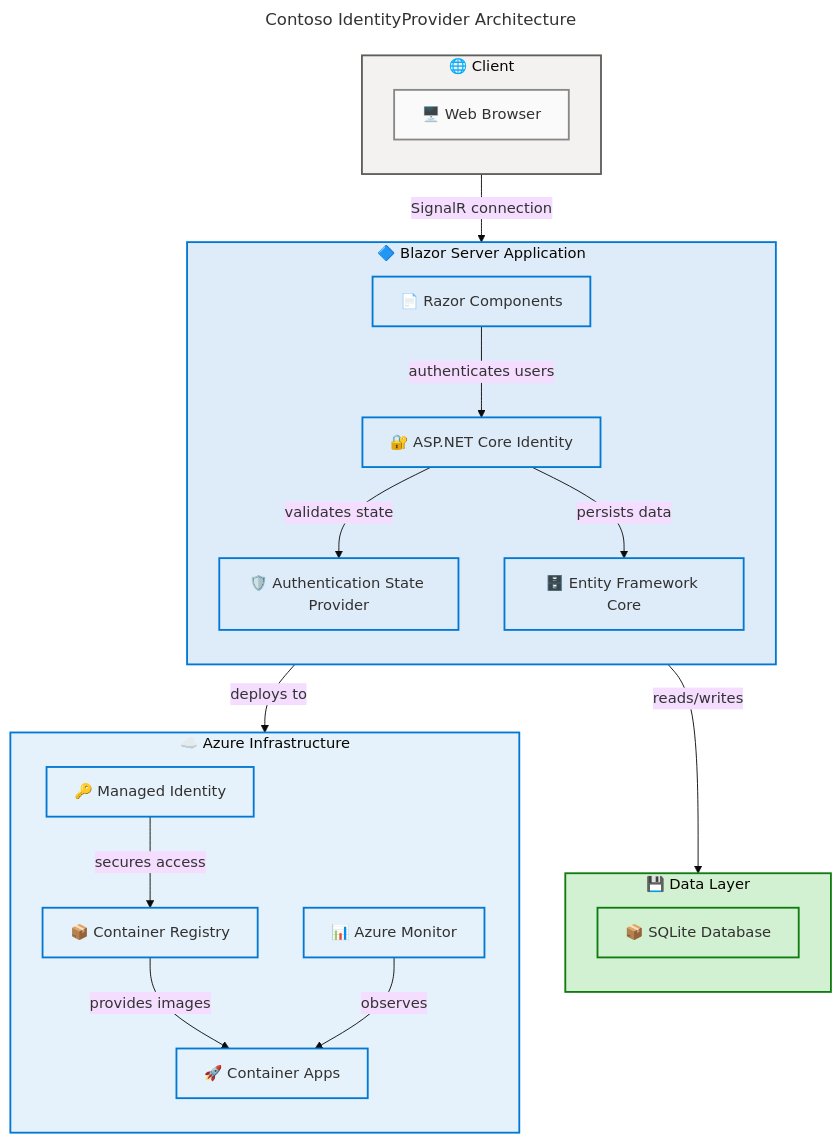
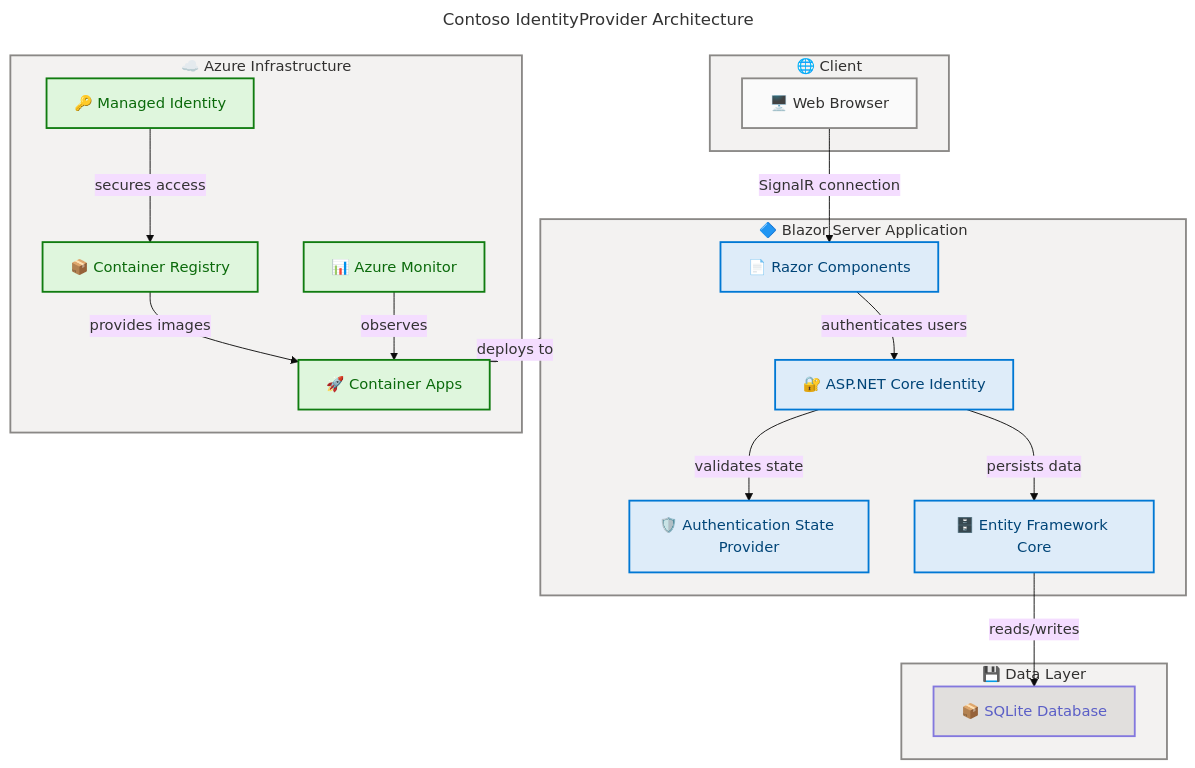
One commit to Evilazaro/IdentityProvider changed the diagram in README.md. Above: the diagram before and after it, drawn with Mermaid.

Commit message:
Enhance architecture diagram with semantic and structural governance details

````diff
--- a/README.md
+++ b/README.md
@@ -12,67 +12,79 @@
 ```mermaid
 ---
 title: "Contoso IdentityProvider Architecture"
 config:
   theme: base
   look: classic
   layout: dagre
   themeVariables:
     fontSize: '16px'
   flowchart:
     htmlLabels: true
 ---
 flowchart TD
     accTitle: Contoso IdentityProvider Architecture
     accDescr: Component diagram showing Blazor Server UI, ASP.NET Core Identity, data layer, and Azure deployment infrastructure
 
+    %% ═══════════════════════════════════════════════════════════════════════════
+    %% AZURE / FLUENT ARCHITECTURE PATTERN v1.1
+    %% (Semantic + Structural + Font + Accessibility Governance)
+    %% ═══════════════════════════════════════════════════════════════════════════
+    %% PHASE 1 - STRUCTURAL: Direction explicit, flat topology, nesting ≤ 3
+    %% PHASE 2 - SEMANTIC: Colors justified, max 5 semantic classes, neutral-first
+    %% PHASE 3 - FONT: Dark text on light backgrounds, contrast ≥ 4.5:1
+    %% PHASE 4 - ACCESSIBILITY: accTitle/accDescr present, icons on all nodes
+    %% PHASE 5 - STANDARD: Governance block present, classDefs centralized
+    %% ═══════════════════════════════════════════════════════════════════════════
+
     subgraph client["🌐 Client"]
-        direction TB
         browser["🖥️ Web Browser"]
     end
 
     subgraph app["🔷 Blazor Server Application"]
-        direction TB
         ui["📄 Razor Components"]
         identity["🔐 ASP.NET Core Identity"]
         auth["🛡️ Authentication State Provider"]
         efcore["🗄️ Entity Framework Core"]
     end
 
     subgraph data["💾 Data Layer"]
-        direction TB
         sqlite["📦 SQLite Database"]
     end
 
     subgraph azure["☁️ Azure Infrastructure"]
-        direction TB
         aca["🚀 Container Apps"]
         acr["📦 Container Registry"]
         monitor["📊 Azure Monitor"]
         mi["🔑 Managed Identity"]
     end
 
     browser -->|"SignalR connection"| ui
     ui -->|"authenticates users"| identity
     identity -->|"validates state"| auth
     identity -->|"persists data"| efcore
     efcore -->|"reads/writes"| sqlite
     app -->|"deploys to"| aca
     acr -->|"provides images"| aca
     monitor -->|"observes"| aca
     mi -->|"secures access"| acr
 
-    style client fill:#F3F2F1,stroke:#605E5C,stroke-width:2px
-    style app fill:#DEECF9,stroke:#0078D4,stroke-width:2px
-    style data fill:#D2F0D2,stroke:#107C10,stroke-width:2px
-    style azure fill:#E6F2FB,stroke:#0078D4,stroke-width:2px
-
+    %% Centralized semantic classDefs (7 canonical)
     classDef neutral fill:#FAFAFA,stroke:#8A8886,stroke-width:2px,color:#323130
-    classDef core fill:#DEECF9,stroke:#0078D4,stroke-width:2px,color:#323130
-    classDef data fill:#D2F0D2,stroke:#107C10,stroke-width:2px,color:#323130
-    classDef infra fill:#E6F2FB,stroke:#0078D4,stroke-width:2px,color:#323130
+    classDef core fill:#DEECF9,stroke:#0078D4,stroke-width:2px,color:#004578
+    classDef success fill:#DFF6DD,stroke:#107C10,stroke-width:2px,color:#0B6A0B
+    classDef warning fill:#FFF4CE,stroke:#FFB900,stroke-width:2px,color:#986F0B
+    classDef danger fill:#FDE7E9,stroke:#E81123,stroke-width:2px,color:#A4262C
+    classDef data fill:#E1DFDD,stroke:#8378DE,stroke-width:2px,color:#5B5FC7
+    classDef external fill:#F3F2F1,stroke:#605E5C,stroke-width:2px,color:#323130
 
     class browser neutral
     class ui,identity,auth,efcore core
     class sqlite data
-    class aca,acr,monitor,mi infra
+    class aca,acr,monitor,mi success
+
+    %% Subgraph styling (style directives — not class)
+    style client fill:#F3F2F1,stroke:#8A8886,stroke-width:2px,color:#323130
+    style app fill:#F3F2F1,stroke:#8A8886,stroke-width:2px,color:#323130
+    style data fill:#F3F2F1,stroke:#8A8886,stroke-width:2px,color:#323130
+    style azure fill:#F3F2F1,stroke:#8A8886,stroke-width:2px,color:#323130
 ```
````
